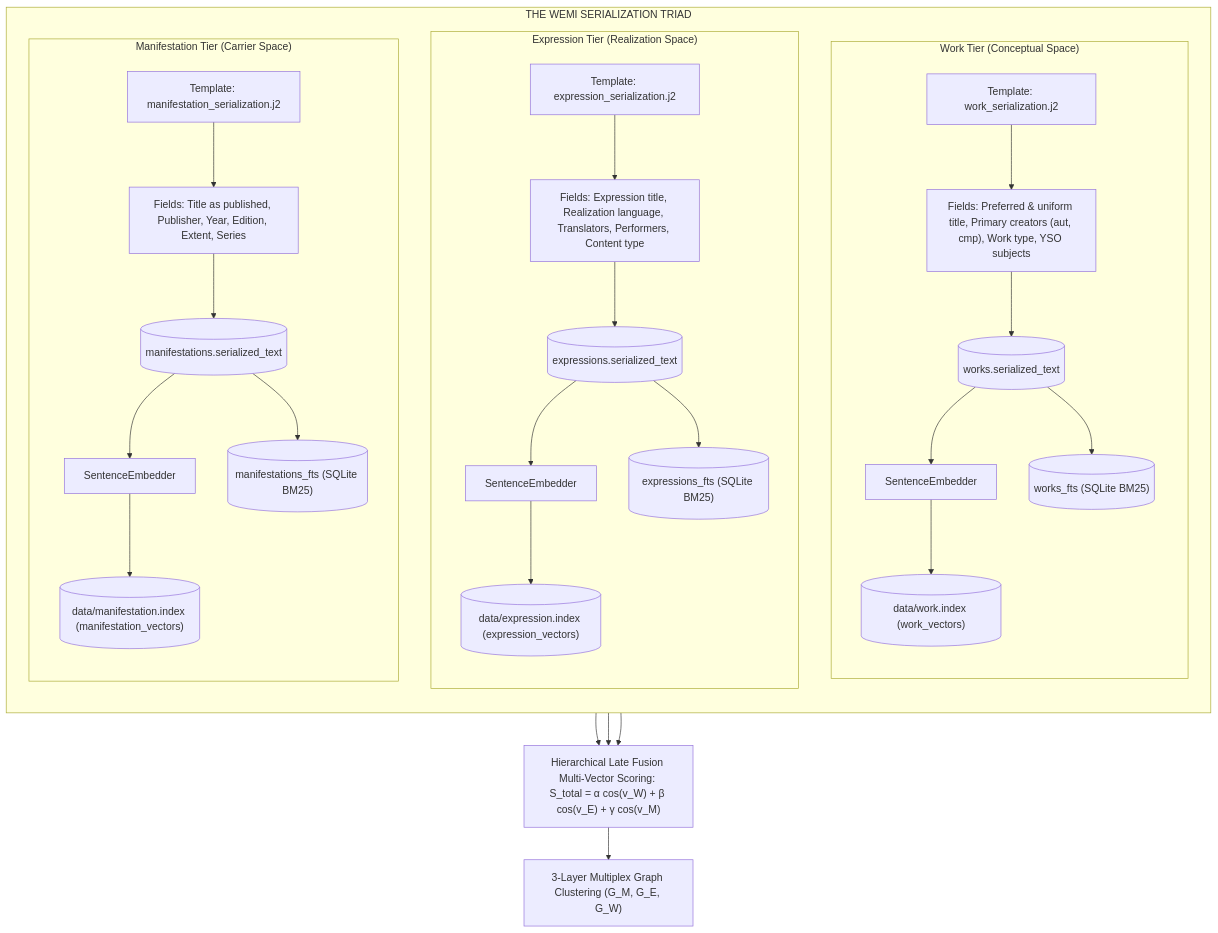
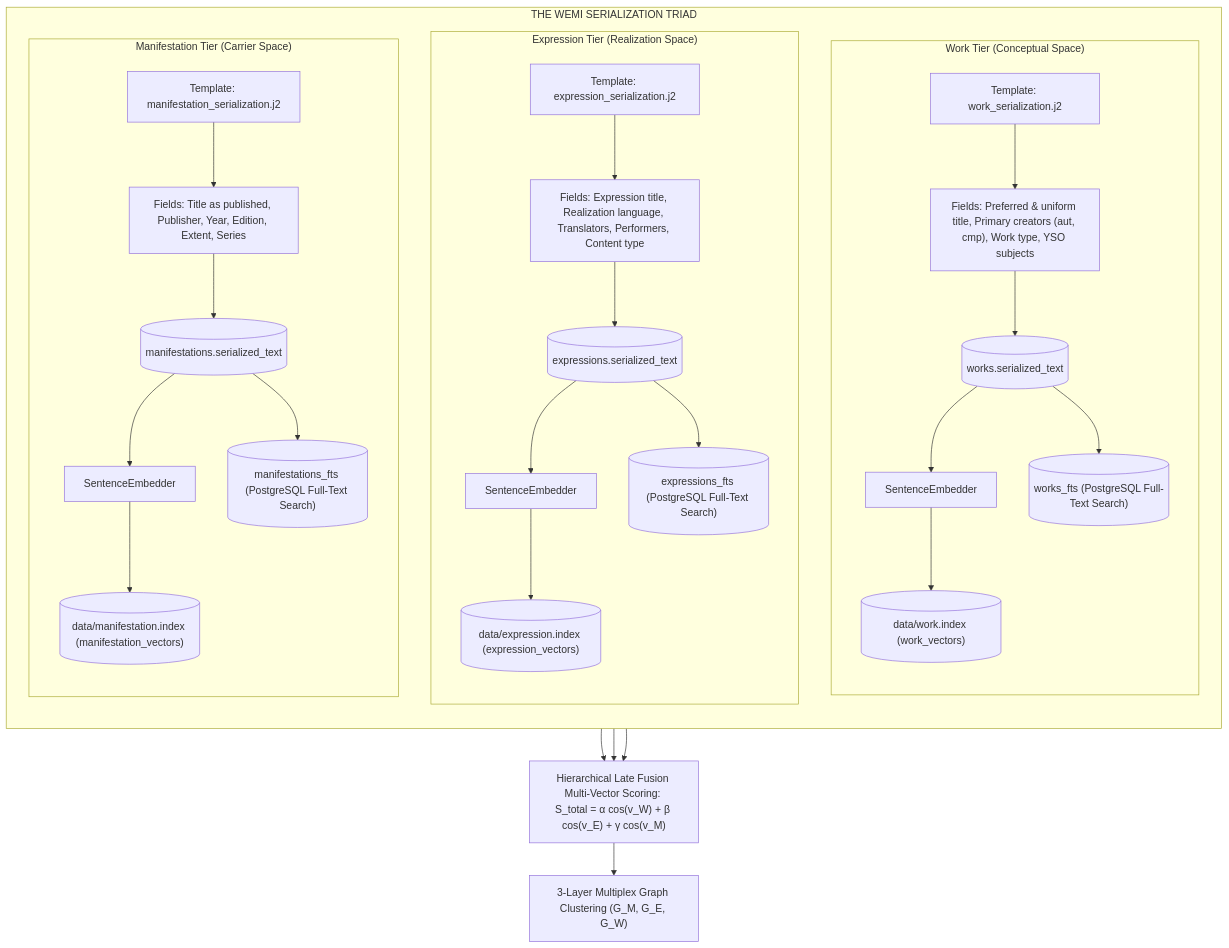
Diagram 50 of 55 in docs/plans/work_expression_linking.md (mikkovihonen/reconciliator), drawn with Mermaid before and after one commit. The commit also changed other lines of this file and 15 other files, not shown here.

````diff
--- a/docs/plans/work_expression_linking.md
+++ b/docs/plans/work_expression_linking.md
@@ -3529,56 +3529,56 @@
 ```mermaid
 flowchart TD
     subgraph WEMI["THE WEMI SERIALIZATION TRIAD"]
         direction TB
 
         subgraph WorkCol["Work Tier (Conceptual Space)"]
             direction TB
             W_TPL["Template: work_serialization.j2"]
             W_FIELDS["Fields: Preferred & uniform title, Primary creators (aut, cmp), Work type, YSO subjects"]
             W_TXT[("works.serialized_text")]
             W_EMB["SentenceEmbedder"]
-            W_FTS[("works_fts (SQLite BM25)")]
+            W_FTS[("works_fts (PostgreSQL Full-Text Search)")]
             W_IDX[("data/work.index (work_vectors)")]
 
             W_TPL --> W_FIELDS --> W_TXT
             W_TXT --> W_EMB --> W_IDX
             W_TXT --> W_FTS
         end
 
         subgraph ExpCol["Expression Tier (Realization Space)"]
             direction TB
             E_TPL["Template: expression_serialization.j2"]
             E_FIELDS["Fields: Expression title, Realization language, Translators, Performers, Content type"]
             E_TXT[("expressions.serialized_text")]
             E_EMB["SentenceEmbedder"]
-            E_FTS[("expressions_fts (SQLite BM25)")]
+            E_FTS[("expressions_fts (PostgreSQL Full-Text Search)")]
             E_IDX[("data/expression.index (expression_vectors)")]
 
             E_TPL --> E_FIELDS --> E_TXT
             E_TXT --> E_EMB --> E_IDX
             E_TXT --> E_FTS
         end
 
         subgraph ManCol["Manifestation Tier (Carrier Space)"]
             direction TB
             M_TPL["Template: manifestation_serialization.j2"]
             M_FIELDS["Fields: Title as published, Publisher, Year, Edition, Extent, Series"]
             M_TXT[("manifestations.serialized_text")]
             M_EMB["SentenceEmbedder"]
-            M_FTS[("manifestations_fts (SQLite BM25)")]
+            M_FTS[("manifestations_fts (PostgreSQL Full-Text Search)")]
             M_IDX[("data/manifestation.index (manifestation_vectors)")]
 
             M_TPL --> M_FIELDS --> M_TXT
             M_TXT --> M_EMB --> M_IDX
             M_TXT --> M_FTS
         end
     end
 
     Fusion["Hierarchical Late Fusion Multi-Vector Scoring: S_total = α cos(v_W) + β cos(v_E) + γ cos(v_M)"]
     Cluster["3-Layer Multiplex Graph Clustering (G_M, G_E, G_W)"]
 
     W_IDX --> Fusion
     E_IDX --> Fusion
     M_IDX --> Fusion
     Fusion --> Cluster
 ```
````
